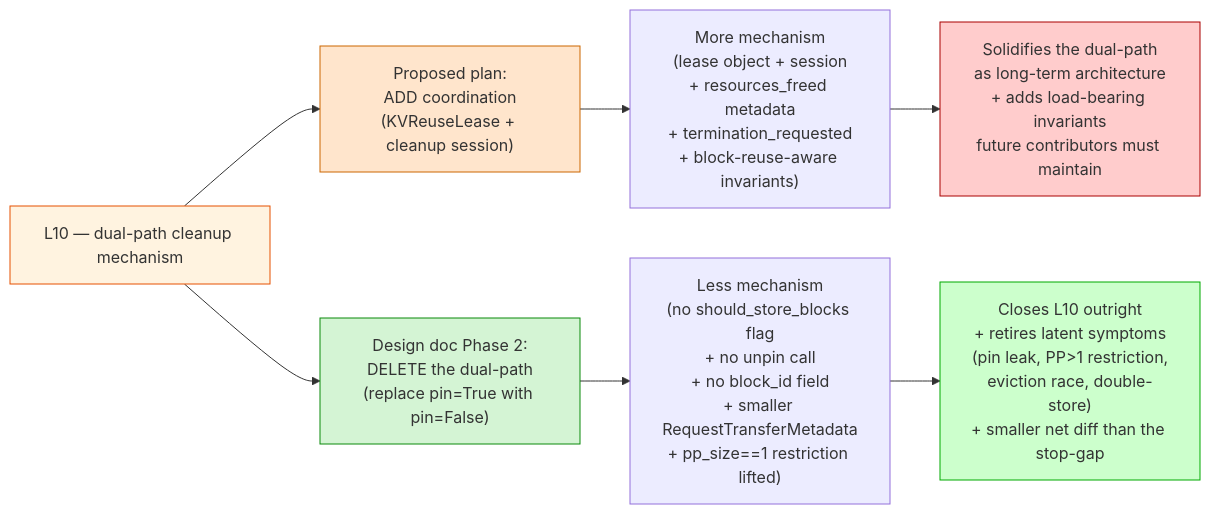
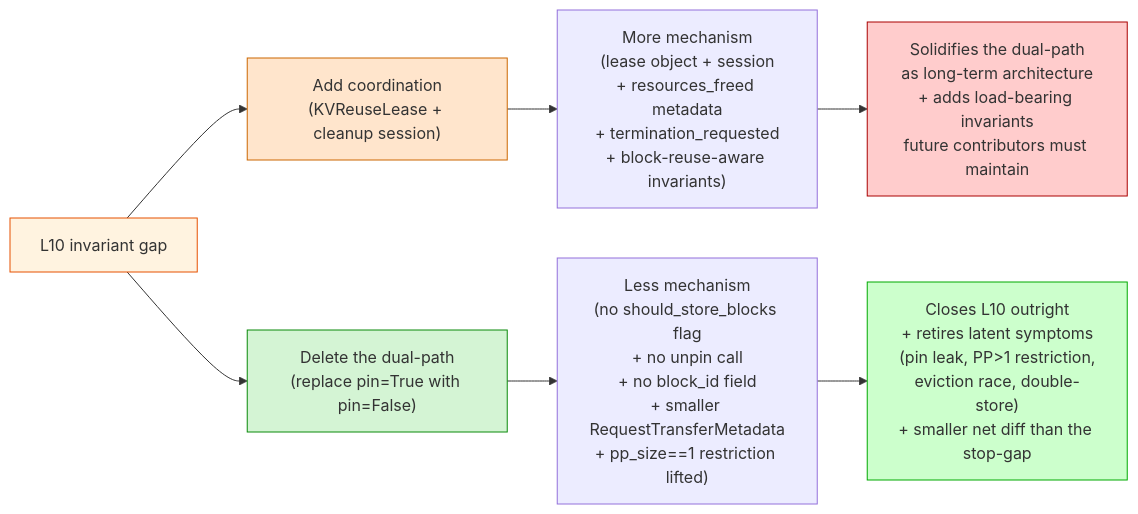
One commit to chienchunhung/TensorRT-LLM changed the fifth of 6 diagrams in docs/investigations/nvbug-6104831-disagg-permanent-wedge/09-executive-summary-rc11-to-rc13.md. Above: the diagram before and after it, drawn with Mermaid. The commit also changed other lines of this file, not shown here.

First line of the commit message:
[https://nvbugs/6104831][docs] Make exec summary self-contained; add cancellation/cleanup invariants

````diff
--- a/docs/investigations/nvbug-6104831-disagg-permanent-wedge/09-executive-summary-rc11-to-rc13.md
+++ b/docs/investigations/nvbug-6104831-disagg-permanent-wedge/09-executive-summary-rc11-to-rc13.md
@@ -331,19 +357,19 @@
 ```mermaid
 graph LR
-    L10["L10 — dual-path cleanup mechanism"]:::layer
+    L10["L10 invariant gap"]:::layer
 
-    L10 --> ADD["Proposed plan:<br/>ADD coordination<br/>(KVReuseLease + cleanup session)"]:::add
-    L10 --> DELETE["Design doc Phase 2:<br/>DELETE the dual-path<br/>(replace pin=True with pin=False)"]:::delete
+    L10 --> ADD["Add coordination<br/>(KVReuseLease + cleanup session)"]:::add
+    L10 --> DELETE["Delete the dual-path<br/>(replace pin=True with pin=False)"]:::delete
 
     ADD --> ADD_RESULT["More mechanism<br/>(lease object + session<br/>+ resources_freed metadata<br/>+ termination_requested<br/>+ block-reuse-aware invariants)"]
     DELETE --> DELETE_RESULT["Less mechanism<br/>(no should_store_blocks flag<br/>+ no unpin call<br/>+ no block_id field<br/>+ smaller RequestTransferMetadata<br/>+ pp_size==1 restriction lifted)"]
 
     ADD_RESULT --> ADD_REVIEW["Solidifies the dual-path<br/>as long-term architecture<br/>+ adds load-bearing invariants<br/>future contributors must maintain"]:::badreview
     DELETE_RESULT --> DELETE_REVIEW["Closes L10 outright<br/>+ retires latent symptoms<br/>(pin leak, PP>1 restriction,<br/>eviction race, double-store)<br/>+ smaller net diff than the stop-gap"]:::goodreview
 
     classDef layer fill:#fff3e0,stroke:#e65100
     classDef add fill:#ffe5cc,stroke:#cc6600
     classDef delete fill:#d4f4d4,stroke:#0a8a0a
     classDef badreview fill:#fcc,stroke:#a00
     classDef goodreview fill:#cfc,stroke:#0a0
 ```
````
